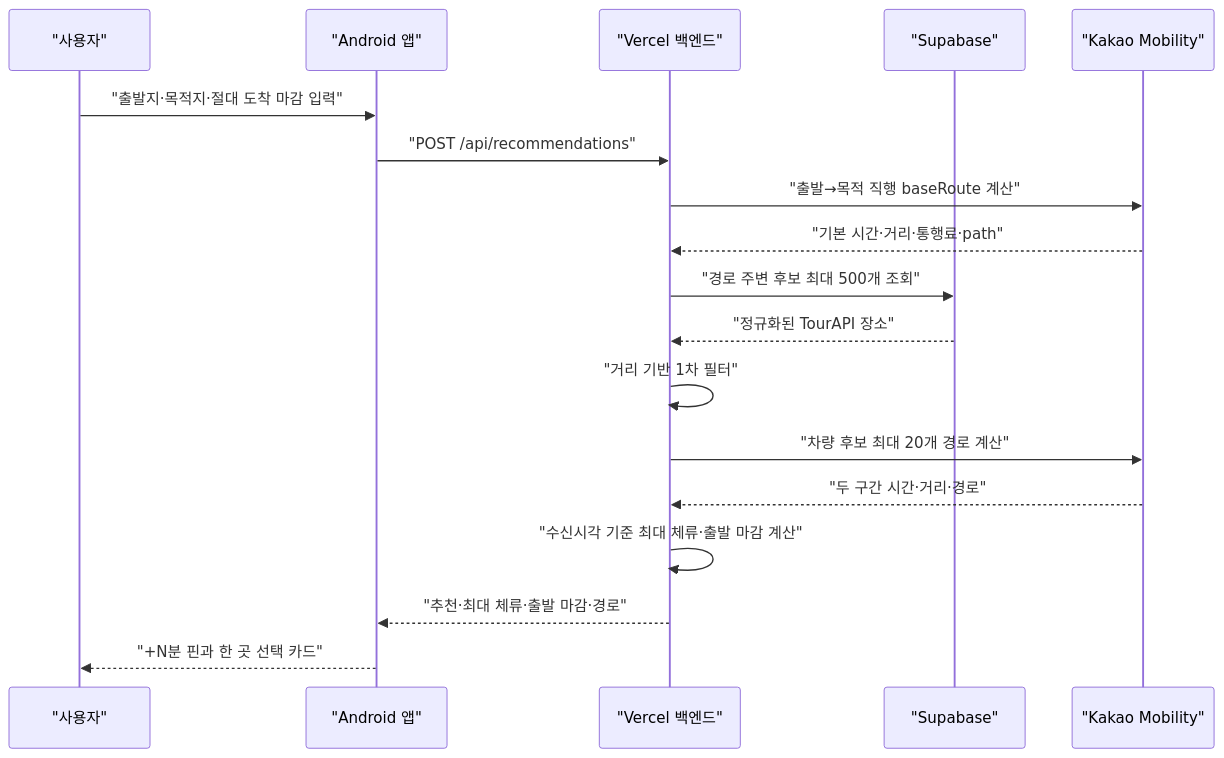
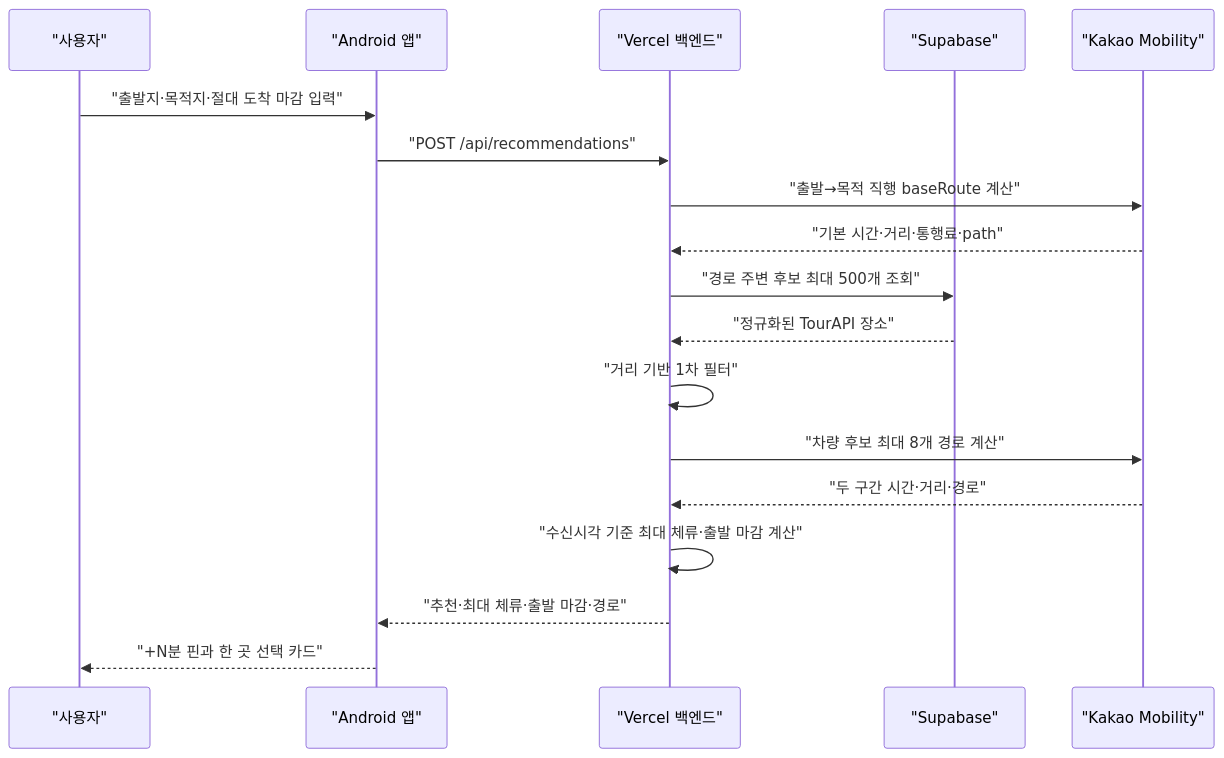
Before and after one commit to Newrred/tteumsae: the third of 4 diagrams in docs/02_ARCHITECTURE.md, drawn with Mermaid. The commit also changed other lines of this file and 27 other files, not shown here.

````diff
--- a/docs/02_ARCHITECTURE.md
+++ b/docs/02_ARCHITECTURE.md
@@ -124,21 +124,21 @@
 ```mermaid
 sequenceDiagram
     participant U as "사용자"
     participant A as "Android 앱"
     participant B as "Vercel 백엔드"
     participant D as "Supabase"
     participant K as "Kakao Mobility"
 
     U->>A: "출발지·목적지·절대 도착 마감 입력"
     A->>B: "POST /api/recommendations"
     B->>K: "출발→목적 직행 baseRoute 계산"
     K-->>B: "기본 시간·거리·통행료·path"
     B->>D: "경로 주변 후보 최대 500개 조회"
     D-->>B: "정규화된 TourAPI 장소"
     B->>B: "거리 기반 1차 필터"
-    B->>K: "차량 후보 최대 20개 경로 계산"
+    B->>K: "차량 후보 최대 8개 경로 계산"
     K-->>B: "두 구간 시간·거리·경로"
     B->>B: "수신시각 기준 최대 체류·출발 마감 계산"
     B-->>A: "추천·최대 체류·출발 마감·경로"
     A-->>U: "+N분 핀과 한 곳 선택 카드"
 ```
````
